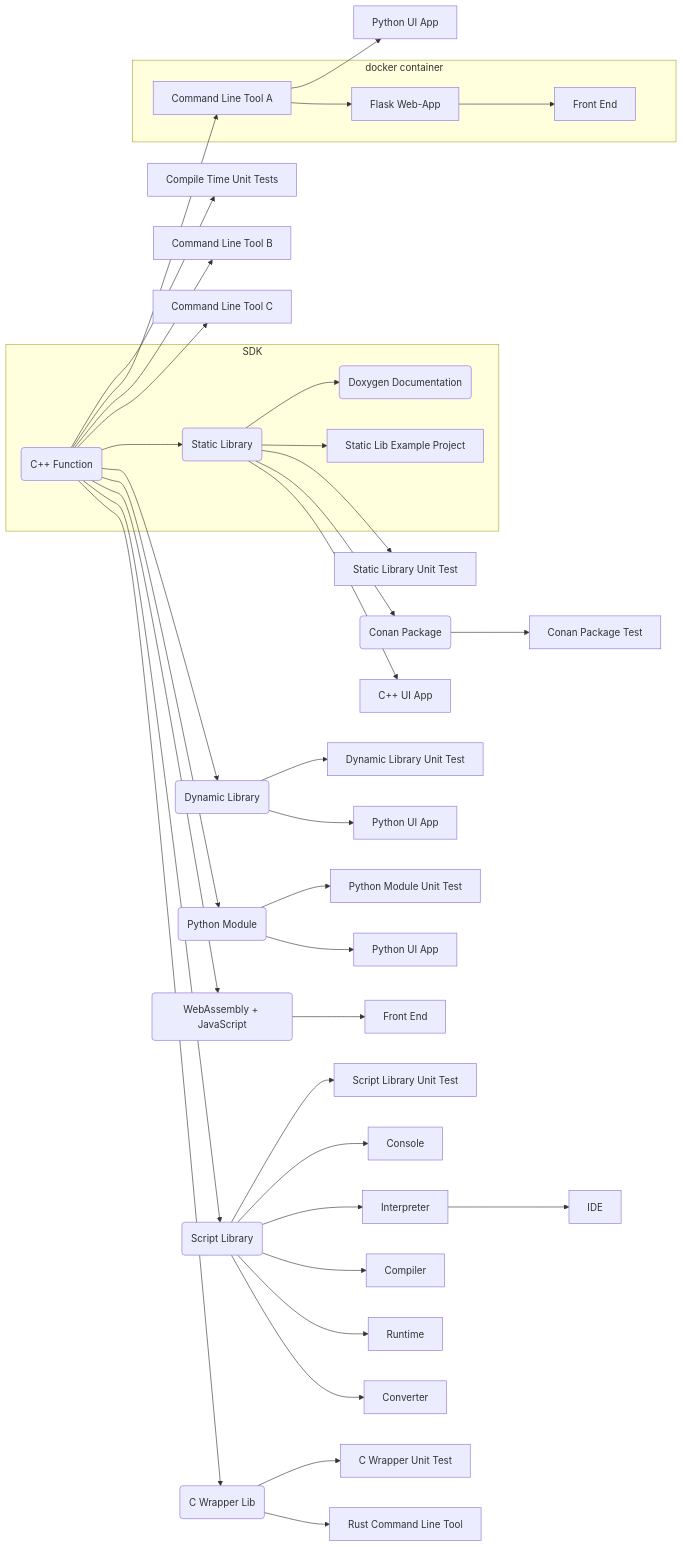
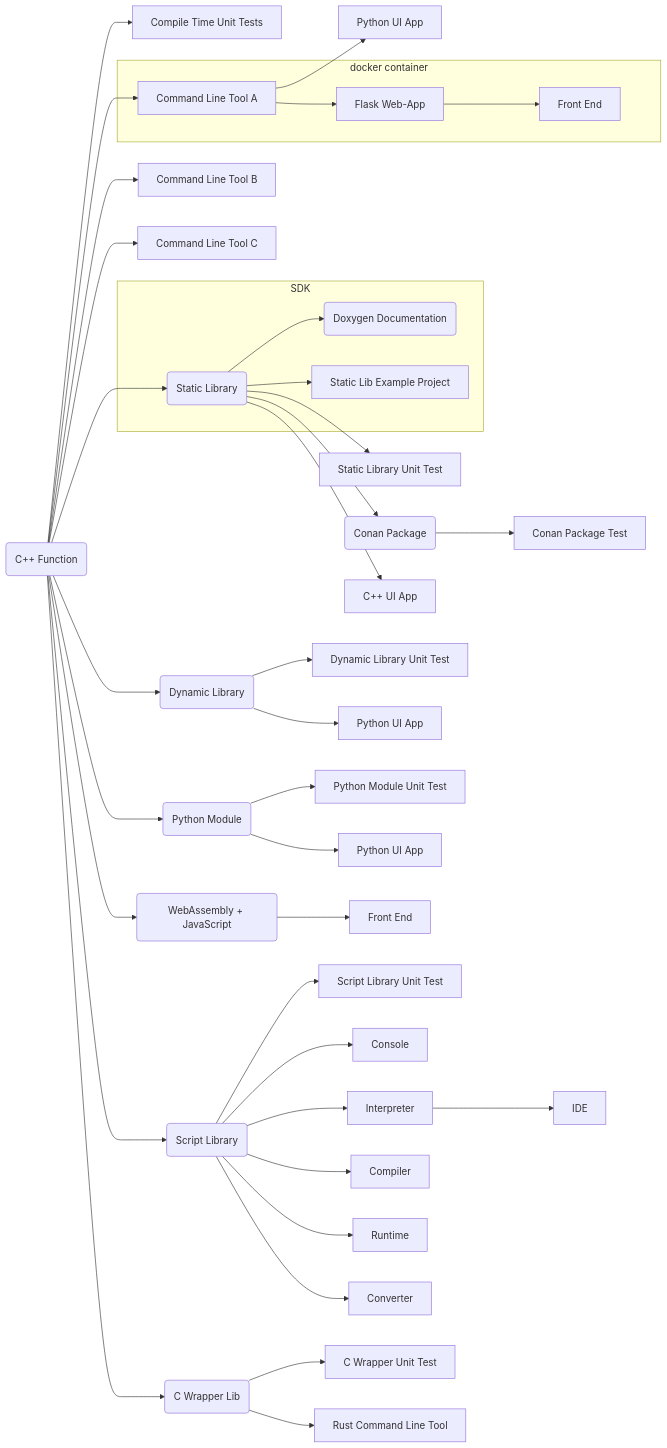
The diagram in README.md (SebastianBach/full-stack), drawn with Mermaid before and after one commit. The commit also changed other lines of this file, not shown here.

Commit message:
added badge, fix graph

````diff
--- a/README.md
+++ b/README.md
@@ -44,55 +46,57 @@
 ```mermaid
   flowchart LR;
 
     F(C++ Function) --> CUT[Compile Time Unit Tests];
 
     F --> CLI1[Command Line Tool A]
     F --> CLI2[Command Line Tool B]
     F --> CLI3[Command Line Tool C]
 
     CLI1 --> PYAPP2[Python UI App]
+
+    F --> LIB(Static Library)
+    
     subgraph SDK
-    F --> LIB(Static Library)
     LIB --> DOXYGEN(Doxygen Documentation)
     LIB --> LIBEX[Static Lib Example Project]
     end
 
     LIB --> LIBTEST[Static Library Unit Test]
     LIB --> C(Conan Package)
 
     LIB --> QTCPP[C++ UI App]
 
     F --> DLL(Dynamic Library)
     DLL --> DLLTEST[Dynamic Library Unit Test]
     DLL --> QTPYDLL[Python UI App]
 
     C --> CT[Conan Package Test]
 
     F --> PY(Python Module)
 
     subgraph docker container
     CLI1 --> SERVER[Flask Web-App]
     SERVER --> FRONT[Front End]
     end
 
     PY --> PYTEST[Python Module Unit Test]
     PY --> PYAPP[Python UI App]
 
     F --> WASM(WebAssembly + JavaScript)
 
     WASM --> WASMF[Front End]
 
     F --> SCRIPTLIB(Script Library)
 
     SCRIPTLIB --> SCRIPT_TEST[Script Library Unit Test]
     SCRIPTLIB --> SCRIPT_CONSOLE[Console]
     SCRIPTLIB --> SCRIPT_INTERPRETER[Interpreter]
     SCRIPT_INTERPRETER --> SCRIPT_IDE[IDE]
     SCRIPTLIB --> SCRIPT_COMPILER[Compiler]
     SCRIPTLIB --> SCRIPT_RUNTIME[Runtime]
     SCRIPTLIB --> SCRIPT_CONVERT[Converter]
 
     F --> CWRAPPER(C Wrapper Lib)
     CWRAPPER --> CWRAPPER_TEST[C Wrapper Unit Test]
     CWRAPPER --> RUST_APP[Rust Command Line Tool]  
 ```
````
